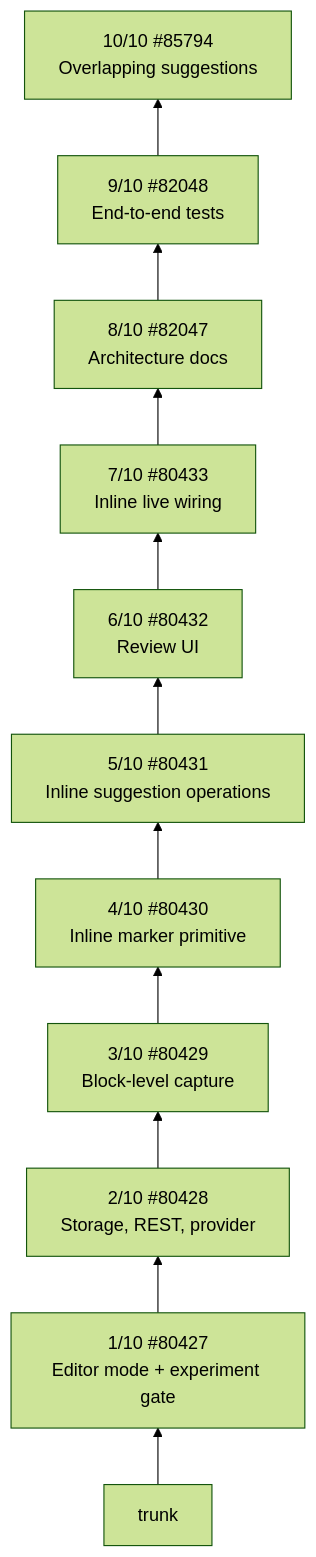
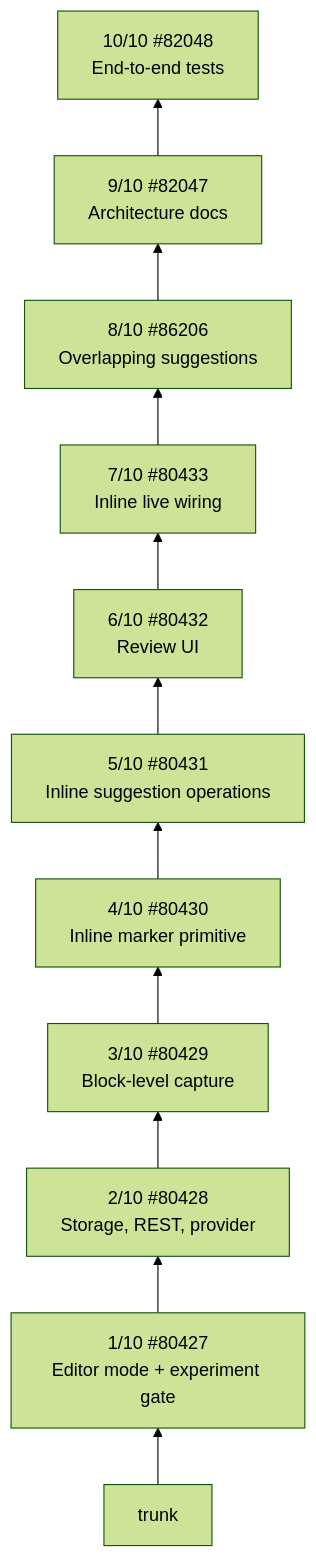
The second of 8 diagrams in docs/explanations/architecture/suggestions-overview.md (WordPress/gutenberg), drawn with Mermaid (forest theme) before and after one commit. The commit also changed other lines of this file and 1 other file, not shown here.

````diff
--- a/docs/explanations/architecture/suggestions-overview.md
+++ b/docs/explanations/architecture/suggestions-overview.md
@@ -83,15 +89,15 @@
 ```mermaid
 flowchart BT
     T["trunk"]
     P1["1/10 #80427<br/>Editor mode + experiment gate"]
     P2["2/10 #80428<br/>Storage, REST, provider"]
     P3["3/10 #80429<br/>Block-level capture"]
     P4["4/10 #80430<br/>Inline marker primitive"]
     P5["5/10 #80431<br/>Inline suggestion operations"]
     P6["6/10 #80432<br/>Review UI"]
     P7["7/10 #80433<br/>Inline live wiring"]
-    P8["8/10 #82047<br/>Architecture docs"]
-    P9["9/10 #82048<br/>End-to-end tests"]
-    P10["10/10 #85794<br/>Overlapping suggestions"]
+    P8["8/10 #86206<br/>Overlapping suggestions"]
+    P9["9/10 #82047<br/>Architecture docs"]
+    P10["10/10 #82048<br/>End-to-end tests"]
     T --> P1 --> P2 --> P3 --> P4 --> P5 --> P6 --> P7 --> P8 --> P9 --> P10
 ```
````
